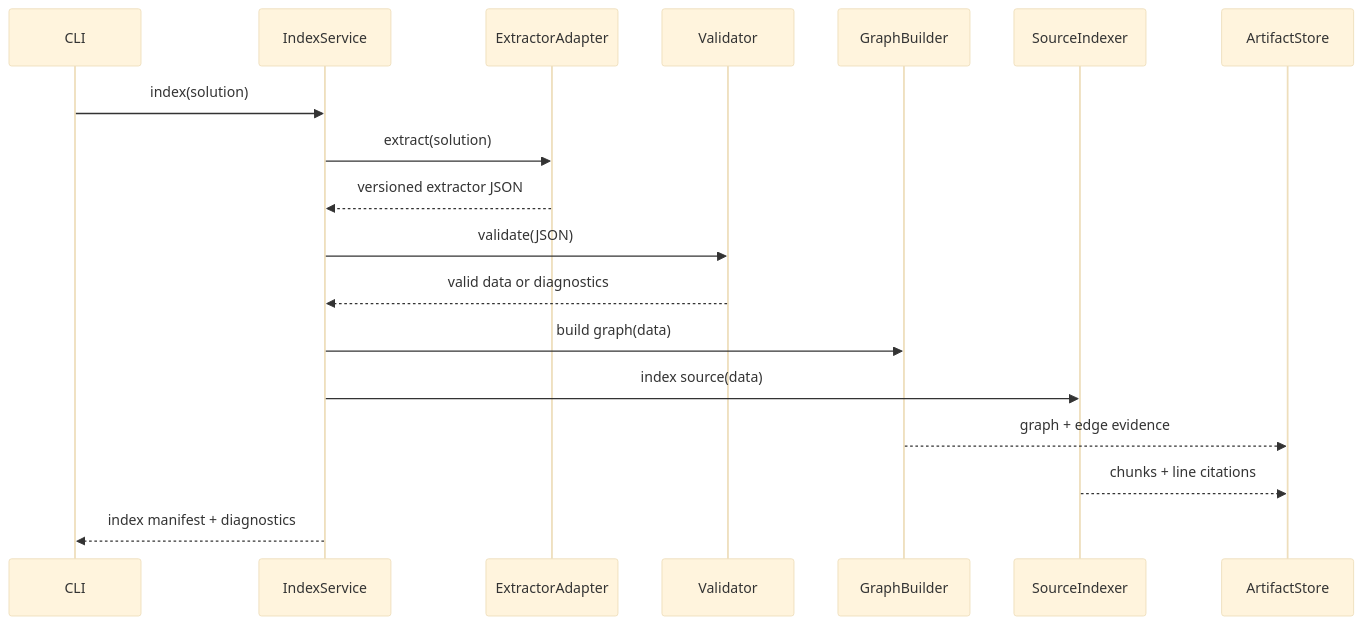
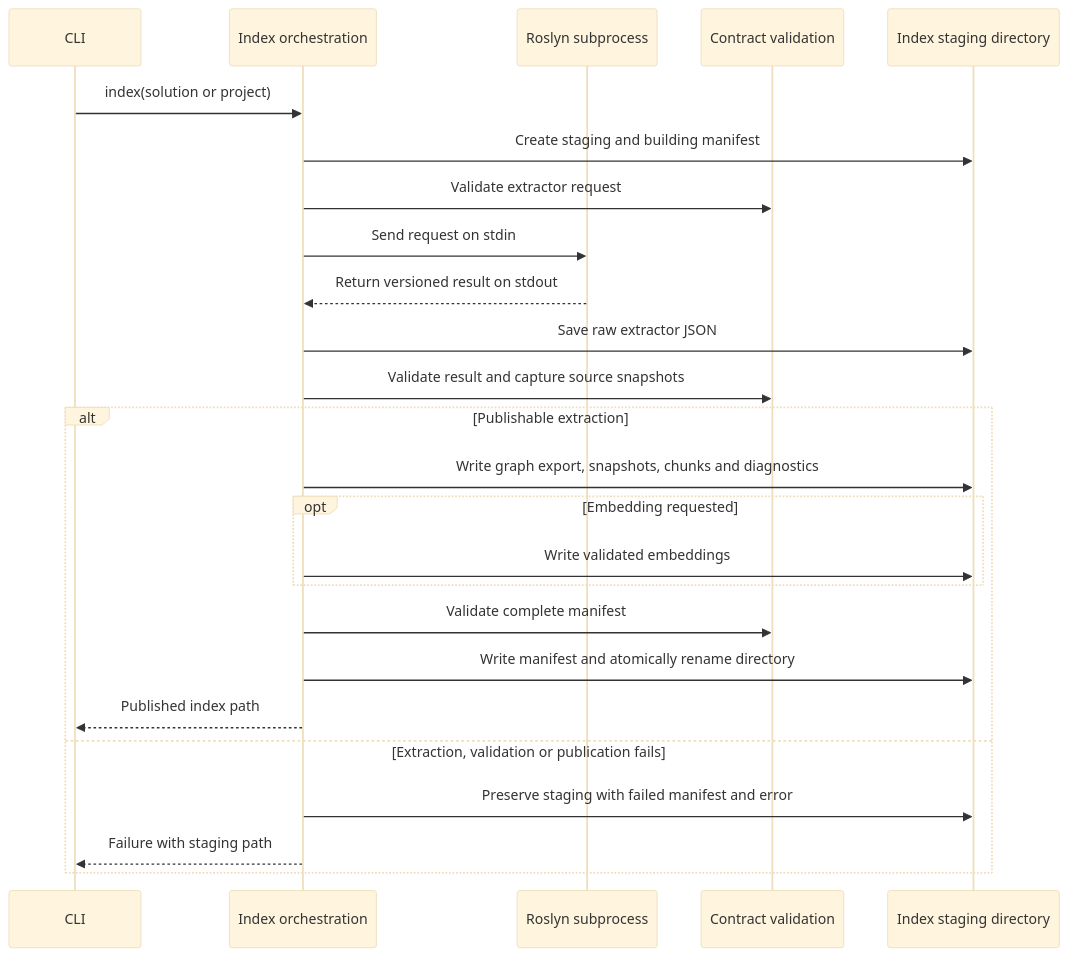
One commit to LeVortic/archie-graphs changed the third of 5 diagrams in ARCHITECTURE.md. Above: the diagram before and after it, drawn with Mermaid (base theme). The commit also changed other lines of this file and 3 other files, not shown here.

First line of the commit message:
docs(architecture & V1 portability)

````diff
--- a/ARCHITECTURE.md
+++ b/ARCHITECTURE.md
@@ -75,21 +72,28 @@
 ```mermaid
 sequenceDiagram
     participant C as CLI
-    participant I as IndexService
-    participant X as ExtractorAdapter
-    participant V as Validator
-    participant G as GraphBuilder
-    participant S as SourceIndexer
-    participant A as ArtifactStore
+    participant I as Index orchestration
+    participant X as Roslyn subprocess
+    participant V as Contract validation
+    participant A as Index staging directory
 
-    C->>I: index(solution)
-    I->>X: extract(solution)
-    X-->>I: versioned extractor JSON
-    I->>V: validate(JSON)
-    V-->>I: valid data or diagnostics
-    I->>G: build graph(data)
-    I->>S: index source(data)
-    G-->>A: graph + edge evidence
-    S-->>A: chunks + line citations
-    I-->>C: index manifest + diagnostics
+    C->>I: index(solution or project)
+    I->>A: Create staging and building manifest
+    I->>V: Validate extractor request
+    I->>X: Send request on stdin
+    X-->>I: Return versioned result on stdout
+    I->>A: Save raw extractor JSON
+    I->>V: Validate result and capture source snapshots
+    alt Publishable extraction
+        I->>A: Write graph export, snapshots, chunks and diagnostics
+        opt Embedding requested
+            I->>A: Write validated embeddings
+        end
+        I->>V: Validate complete manifest
+        I->>A: Write manifest and atomically rename directory
+        I-->>C: Published index path
+    else Extraction, validation or publication fails
+        I->>A: Preserve staging with failed manifest and error
+        I-->>C: Failure with staging path
+    end
 ```
````
